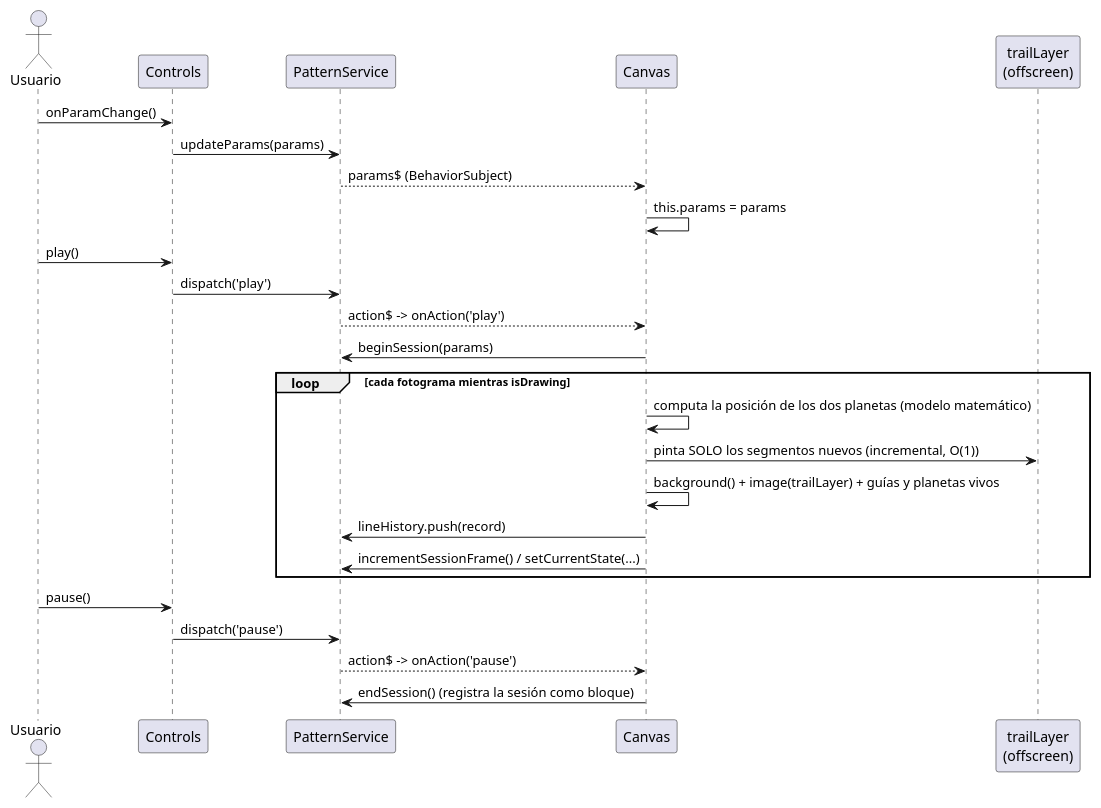
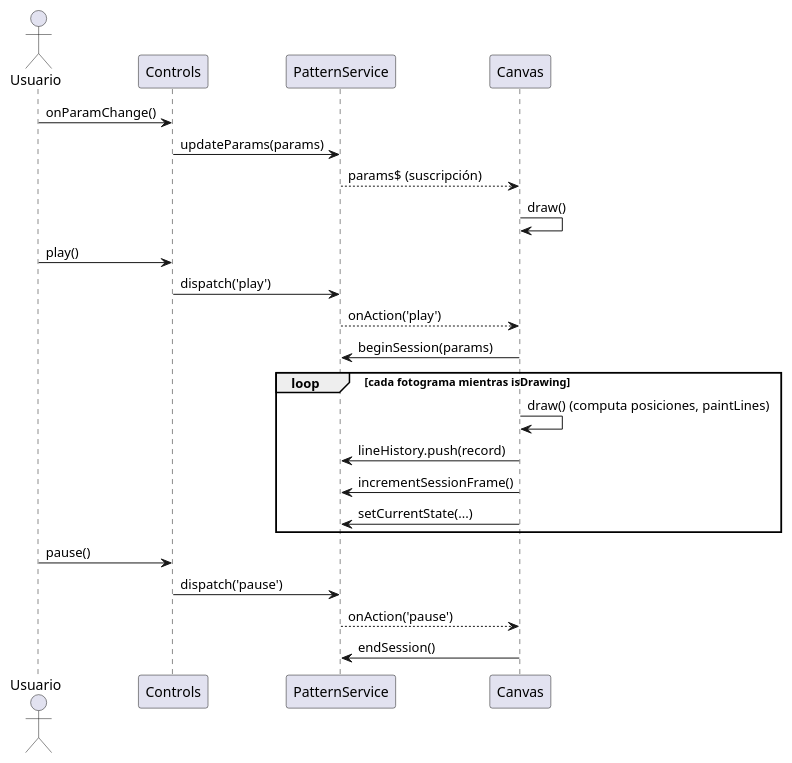
One commit to IgnacioMol/Epicycloid_generator changed the first of 4 diagrams in claude/memoria-cap5-diseno.md. Above: the diagram before and after it, drawn with PlantUML. The commit also changed other lines of this file and 1 other file, not shown here.

````diff
--- a/claude/memoria-cap5-diseno.md
+++ b/claude/memoria-cap5-diseno.md
@@ -92,32 +97,30 @@
 ```plantuml
 @startuml SecGenerarReproducir
 actor Usuario
 participant "Controls" as C
 participant "PatternService" as PS
 participant "Canvas" as CV
-participant "trailLayer\n(offscreen)" as TL
 
 Usuario -> C : onParamChange()
 C -> PS : updateParams(params)
-PS --> CV : params$ (BehaviorSubject)
-CV -> CV : this.params = params
+PS --> CV : params$ (suscripción)
+CV -> CV : draw()
 
 Usuario -> C : play()
 C -> PS : dispatch('play')
-PS --> CV : action$ -> onAction('play')
+PS --> CV : onAction('play')
 CV -> PS : beginSession(params)
 
 loop cada fotograma mientras isDrawing
-  CV -> CV : computa la posición de los dos planetas (modelo matemático)
-  CV -> TL : pinta SOLO los segmentos nuevos (incremental, O(1))
-  CV -> CV : background() + image(trailLayer) + guías y planetas vivos
+  CV -> CV : draw() (computa posiciones, paintLines)
   CV -> PS : lineHistory.push(record)
-  CV -> PS : incrementSessionFrame() / setCurrentState(...)
+  CV -> PS : incrementSessionFrame()
+  CV -> PS : setCurrentState(...)
 end
 
 Usuario -> C : pause()
 C -> PS : dispatch('pause')
-PS --> CV : action$ -> onAction('pause')
-CV -> PS : endSession() (registra la sesión como bloque)
+PS --> CV : onAction('pause')
+CV -> PS : endSession()
 @enduml
 ```
````
